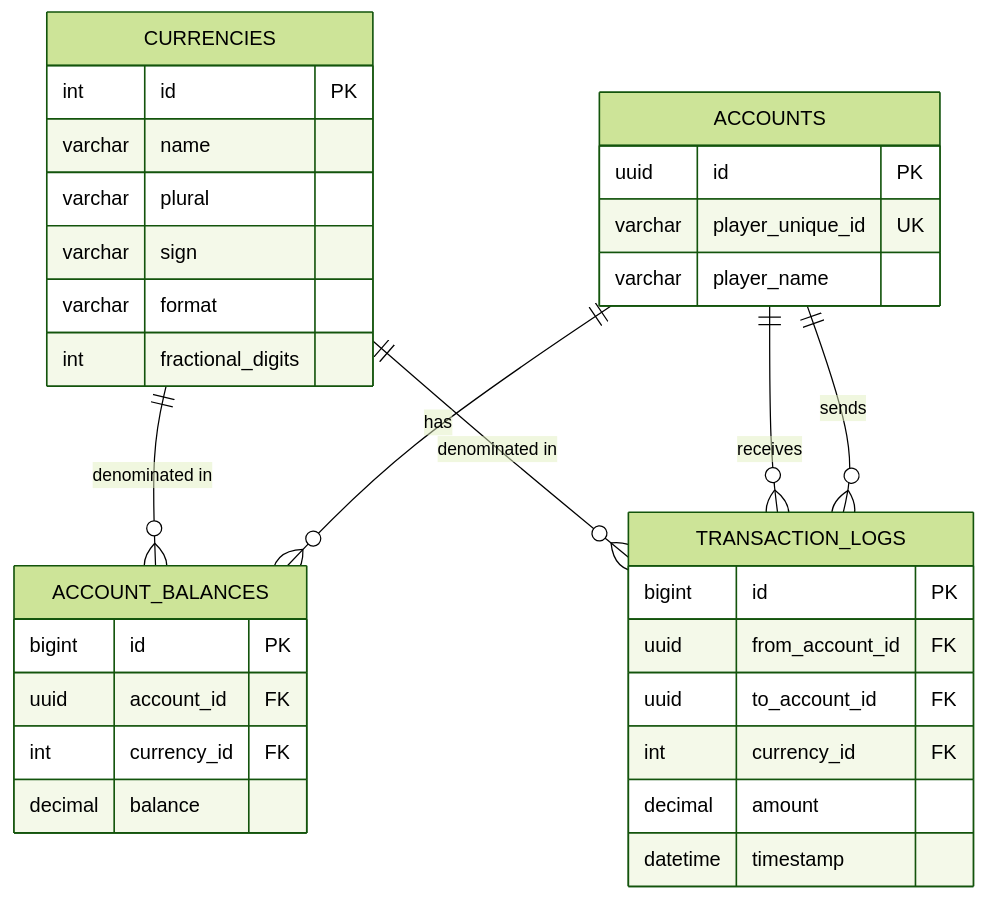
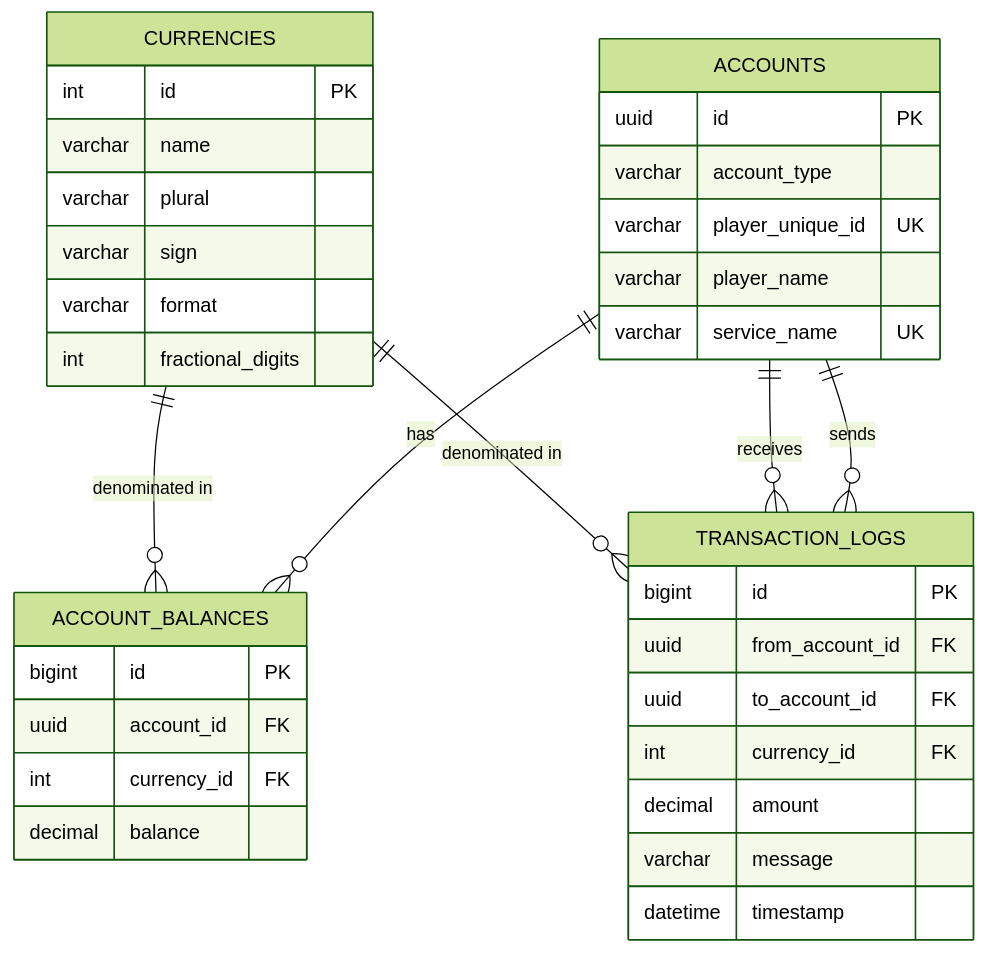
The diagram in docs/content/docs/format/database.mdx (morinoparty/Kerria), drawn with Mermaid (forest theme) before and after one commit. The commit also changed other lines of this file and 15 other files, not shown here.

Commit message:
✨ Add service account support and transaction log message field

````diff
--- a/docs/content/docs/format/database.mdx
+++ b/docs/content/docs/format/database.mdx
@@ -199,39 +218,42 @@
 ```mermaid
 erDiagram
     ACCOUNTS {
         uuid id PK
+        varchar account_type
         varchar player_unique_id UK
         varchar player_name
+        varchar service_name UK
     }
 
     ACCOUNT_BALANCES {
         bigint id PK
         uuid account_id FK
         int currency_id FK
         decimal balance
     }
 
     CURRENCIES {
         int id PK
         varchar name
         varchar plural
         varchar sign
         varchar format
         int fractional_digits
     }
 
     TRANSACTION_LOGS {
         bigint id PK
         uuid from_account_id FK
         uuid to_account_id FK
         int currency_id FK
         decimal amount
+        varchar message
         datetime timestamp
     }
 
     ACCOUNTS ||--o{ ACCOUNT_BALANCES : "has"
     CURRENCIES ||--o{ ACCOUNT_BALANCES : "denominated in"
     ACCOUNTS ||--o{ TRANSACTION_LOGS : "sends"
     ACCOUNTS ||--o{ TRANSACTION_LOGS : "receives"
     CURRENCIES ||--o{ TRANSACTION_LOGS : "denominated in"
 ```
````
